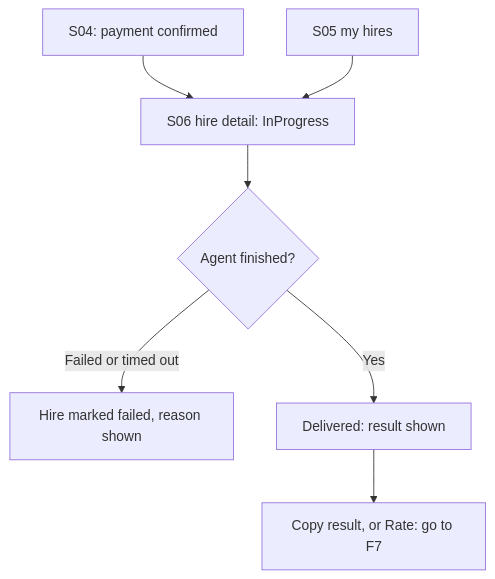
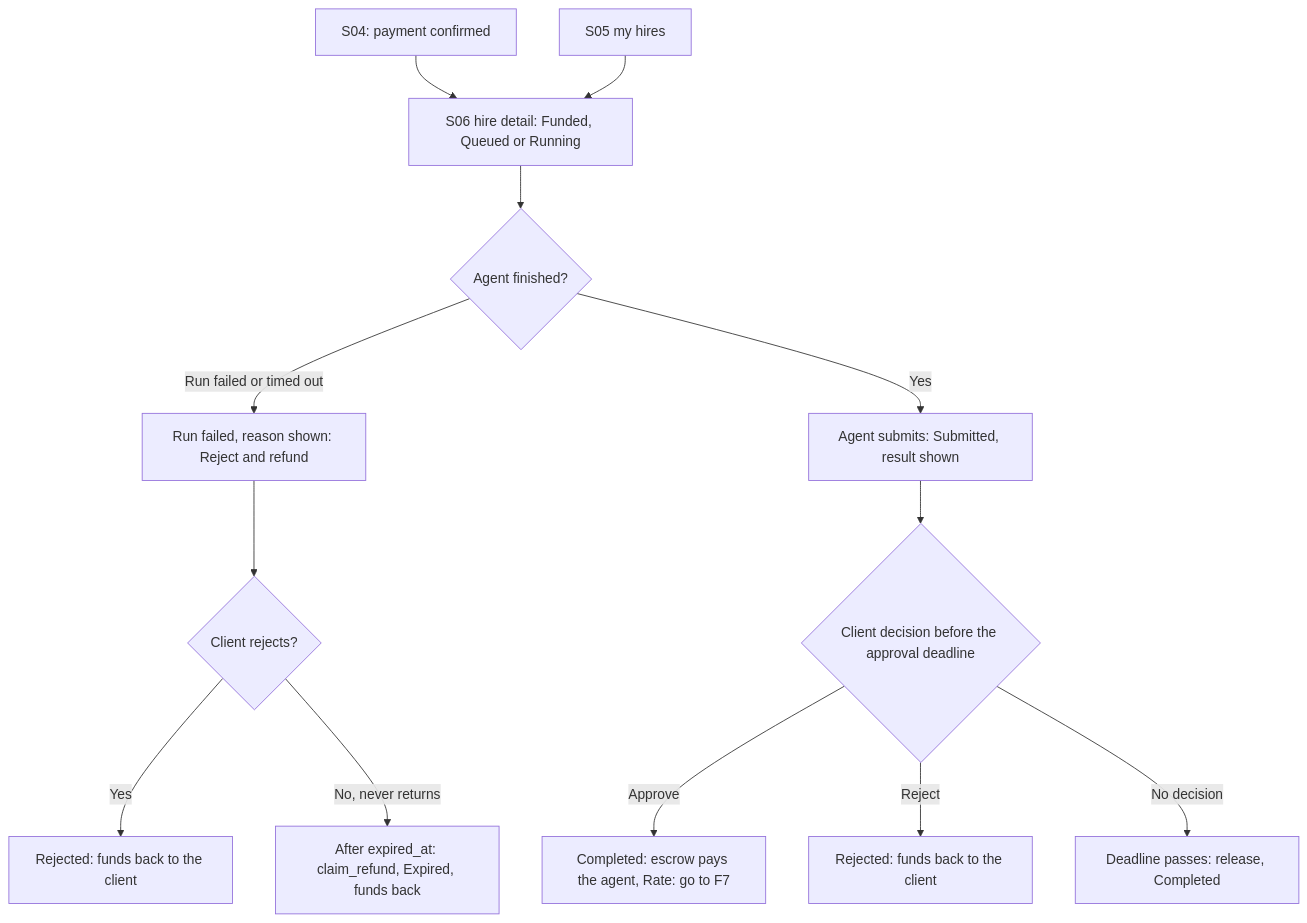
Before and after one commit to Zer0-Knowledge-Hack/puls3: the sixth of 7 diagrams in docs/blueprints/flows.md, drawn with Mermaid. The commit also changed other lines of this file, not shown here.

First line of the commit message:
docs(blueprints): align F5-F7 and demo paths with the ADR-0005 escrow (#140)

````diff
--- a/docs/blueprints/flows.md
+++ b/docs/blueprints/flows.md
@@ -171,9 +184,15 @@
 ```mermaid
 flowchart TD
-  A["S04: payment confirmed"] --> B["S06 hire detail: InProgress"]
+  A["S04: payment confirmed"] --> B["S06 hire detail: Funded, Queued or Running"]
   B --> C{"Agent finished?"}
-  C -- "Failed or timed out" --> C1["Hire marked failed, reason shown"]
-  C -- Yes --> D["Delivered: result shown"]
-  D --> E["Copy result, or Rate: go to F7"]
-  F["S05 my hires"] --> B
+  C -- "Run failed or timed out" --> C1["Run failed, reason shown: Reject and refund"]
+  C1 --> R1{"Client rejects?"}
+  R1 -- Yes --> R2["Rejected: funds back to the client"]
+  R1 -- "No, never returns" --> R3["After expired_at: claim_refund, Expired, funds back"]
+  C -- Yes --> D["Agent submits: Submitted, result shown"]
+  D --> E{"Client decision before the approval deadline"}
+  E -- Approve --> F["Completed: escrow pays the agent, Rate: go to F7"]
+  E -- Reject --> G["Rejected: funds back to the client"]
+  E -- "No decision" --> H["Deadline passes: release, Completed"]
+  S["S05 my hires"] --> B
 ```
````
